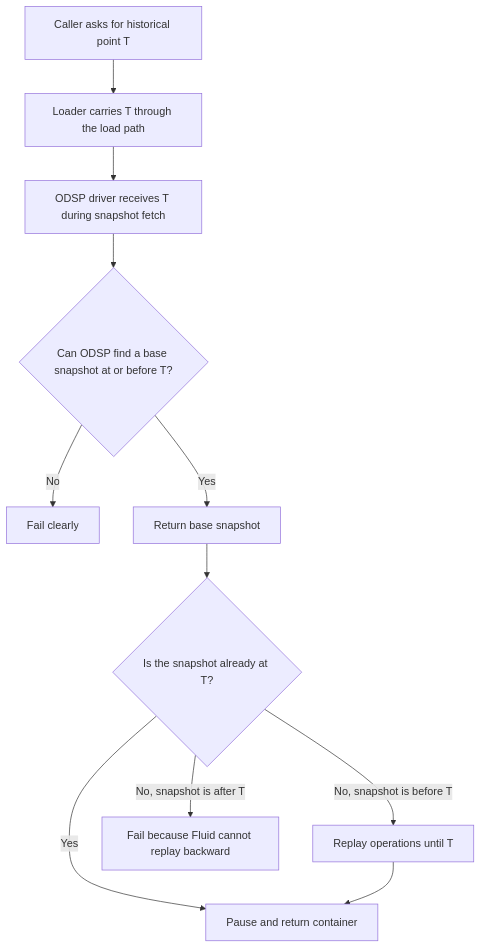
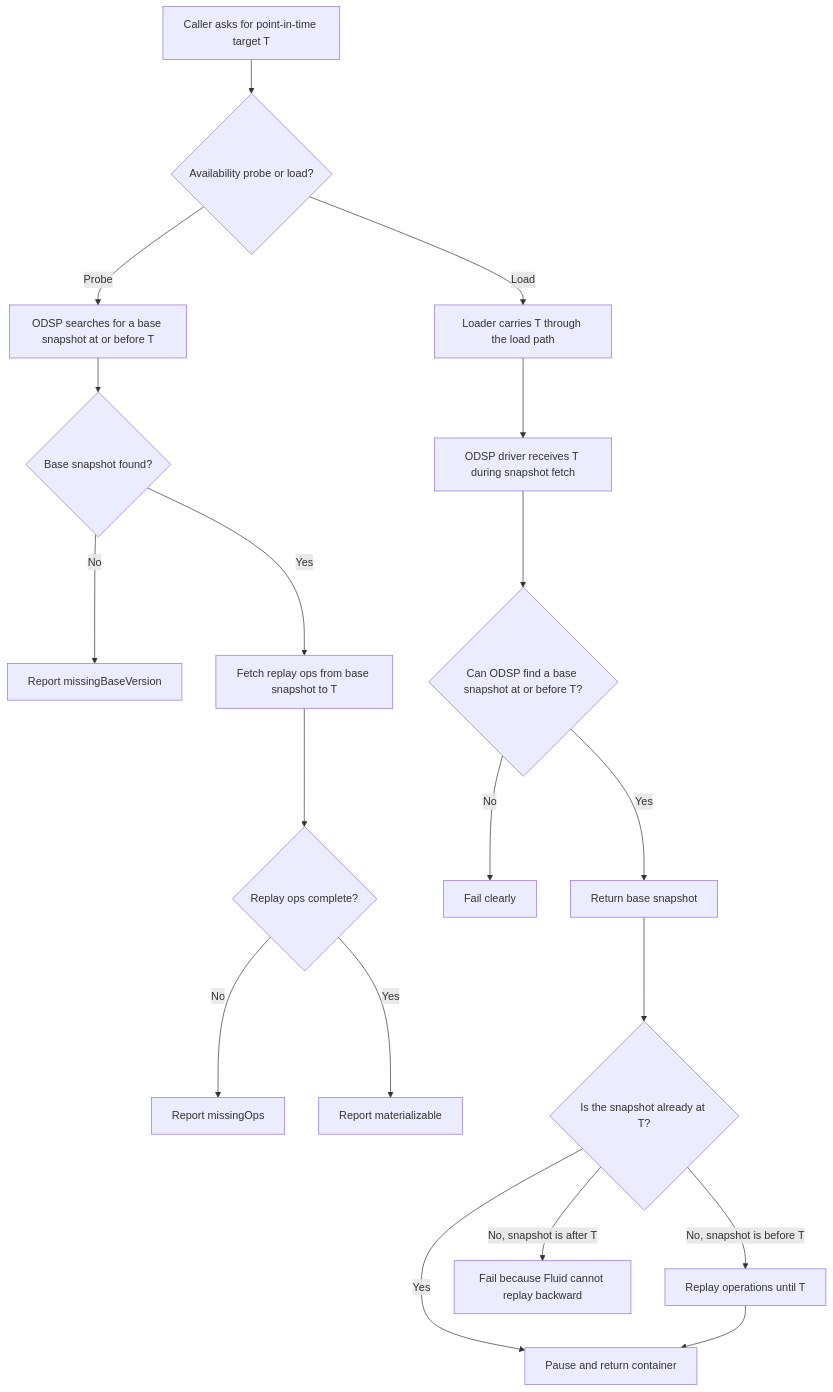
One commit to microsoft/FluidFramework changed the first of 2 diagrams in packages/loader/container-loader/DEV.md. Above: the diagram before and after it, drawn with Mermaid. The commit also changed other lines of this file and 13 other files, not shown here.

````diff
--- a/packages/loader/container-loader/DEV.md
+++ b/packages/loader/container-loader/DEV.md
@@ -79,13 +79,21 @@
 ```mermaid
 flowchart TD
-	A[Caller asks for historical point T] --> B[Loader carries T through the load path]
-	B --> C[ODSP driver receives T during snapshot fetch]
-	C --> D{Can ODSP find a base snapshot at or before T?}
-	D -->|No| E[Fail clearly]
-	D -->|Yes| F[Return base snapshot]
-	F --> G{Is the snapshot already at T?}
-	G -->|Yes| H[Pause and return container]
-	G -->|No, snapshot is before T| I[Replay operations until T]
-	G -->|No, snapshot is after T| J[Fail because Fluid cannot replay backward]
-	I --> H
+	A[Caller asks for point-in-time target T] --> B{Availability probe or load?}
+	B -->|Probe| C[ODSP searches for a base snapshot at or before T]
+	C --> D{Base snapshot found?}
+	D -->|No| E[Report missingBaseVersion]
+	D -->|Yes| F[Fetch replay ops from base snapshot to T]
+	F --> G{Replay ops complete?}
+	G -->|No| H[Report missingOps]
+	G -->|Yes| I[Report materializable]
+	B -->|Load| J[Loader carries T through the load path]
+	J --> K[ODSP driver receives T during snapshot fetch]
+	K --> L{Can ODSP find a base snapshot at or before T?}
+	L -->|No| M[Fail clearly]
+	L -->|Yes| N[Return base snapshot]
+	N --> O{Is the snapshot already at T?}
+	O -->|Yes| P[Pause and return container]
+	O -->|No, snapshot is before T| Q[Replay operations until T]
+	O -->|No, snapshot is after T| R[Fail because Fluid cannot replay backward]
+	Q --> P
 ```
````
